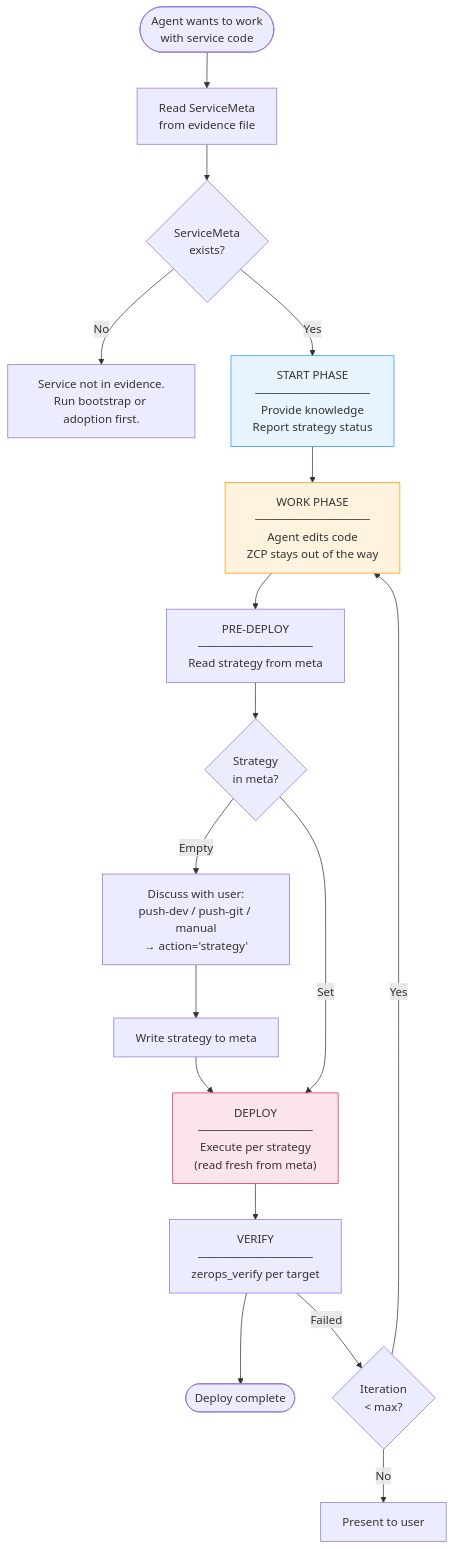
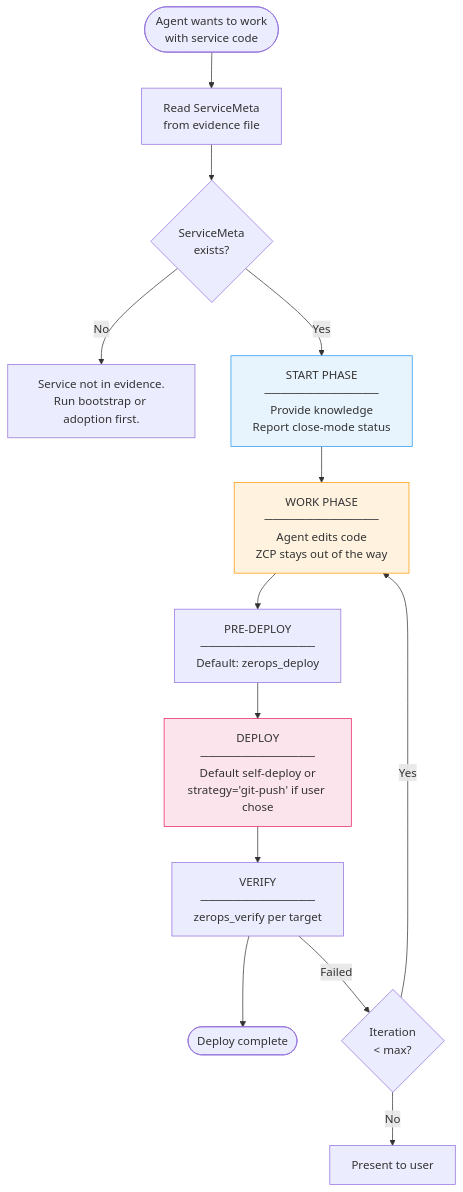
One commit to zeropsio/zcp changed the fifth of 5 diagrams in docs/spec-workflows.md. Above: the diagram before and after it, drawn with Mermaid. The commit also changed other lines of this file and 94 other files, not shown here.

````diff
--- a/docs/spec-workflows.md
+++ b/docs/spec-workflows.md
@@ -706,35 +721,28 @@
 ```mermaid
 flowchart TD
     Start([Agent wants to work<br/>with service code]) --> ReadMeta["Read ServiceMeta<br/>from evidence file"]
     ReadMeta --> CheckEvidence{ServiceMeta<br/>exists?}
     
     CheckEvidence -->|No| NeedBootstrap["Service not in evidence.<br/>Run bootstrap or adoption first."]
     CheckEvidence -->|Yes| StartFlow
 
-    StartFlow["START PHASE<br/>──────────────<br/>Provide knowledge<br/>Report strategy status"] --> Work
+    StartFlow["START PHASE<br/>──────────────<br/>Provide knowledge<br/>Report close-mode status"] --> Work
 
     Work["WORK PHASE<br/>──────────────<br/>Agent edits code<br/>ZCP stays out of the way"] --> PreDeploy
 
-    PreDeploy["PRE-DEPLOY<br/>──────────────<br/>Read strategy from meta"] --> StratCheck
+    PreDeploy["PRE-DEPLOY<br/>──────────────<br/>Default: zerops_deploy"] --> ExecuteDeploy
 
-    StratCheck{Strategy<br/>in meta?}
-    StratCheck -->|"Empty"| AskUser["Discuss with user:<br/>push-dev / push-git / manual<br/>→ action='strategy'"]
-    AskUser --> SetStrategy["Write strategy to meta"]
-    SetStrategy --> ExecuteDeploy
-    
-    StratCheck -->|"Set"| ExecuteDeploy
-
-    ExecuteDeploy["DEPLOY<br/>──────────────<br/>Execute per strategy<br/>(read fresh from meta)"]
+    ExecuteDeploy["DEPLOY<br/>──────────────<br/>Default self-deploy or<br/>strategy='git-push' if user chose"]
     ExecuteDeploy --> Verify
 
     Verify["VERIFY<br/>──────────────<br/>zerops_verify per target"]
     Verify --> Done([Deploy complete])
     
     Verify -->|"Failed"| Iterate{Iteration<br/>< max?}
     Iterate -->|Yes| Work
     Iterate -->|No| UserHelp["Present to user"]
 
     style StartFlow fill:#e8f4fd,stroke:#2196F3
     style Work fill:#fff3e0,stroke:#FF9800
     style ExecuteDeploy fill:#fce4ec,stroke:#E91E63
 ```
````
